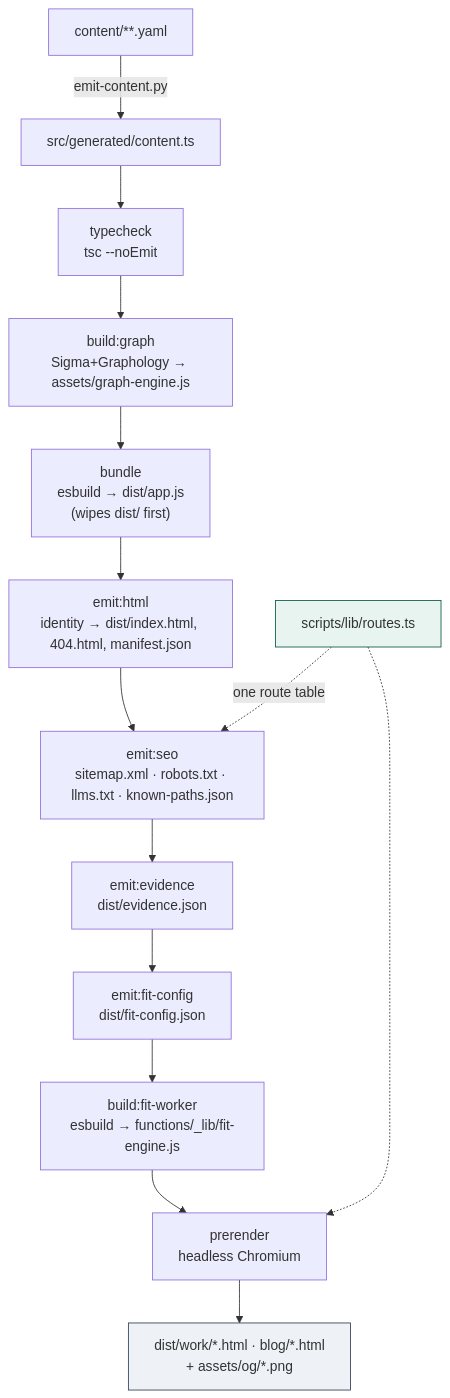
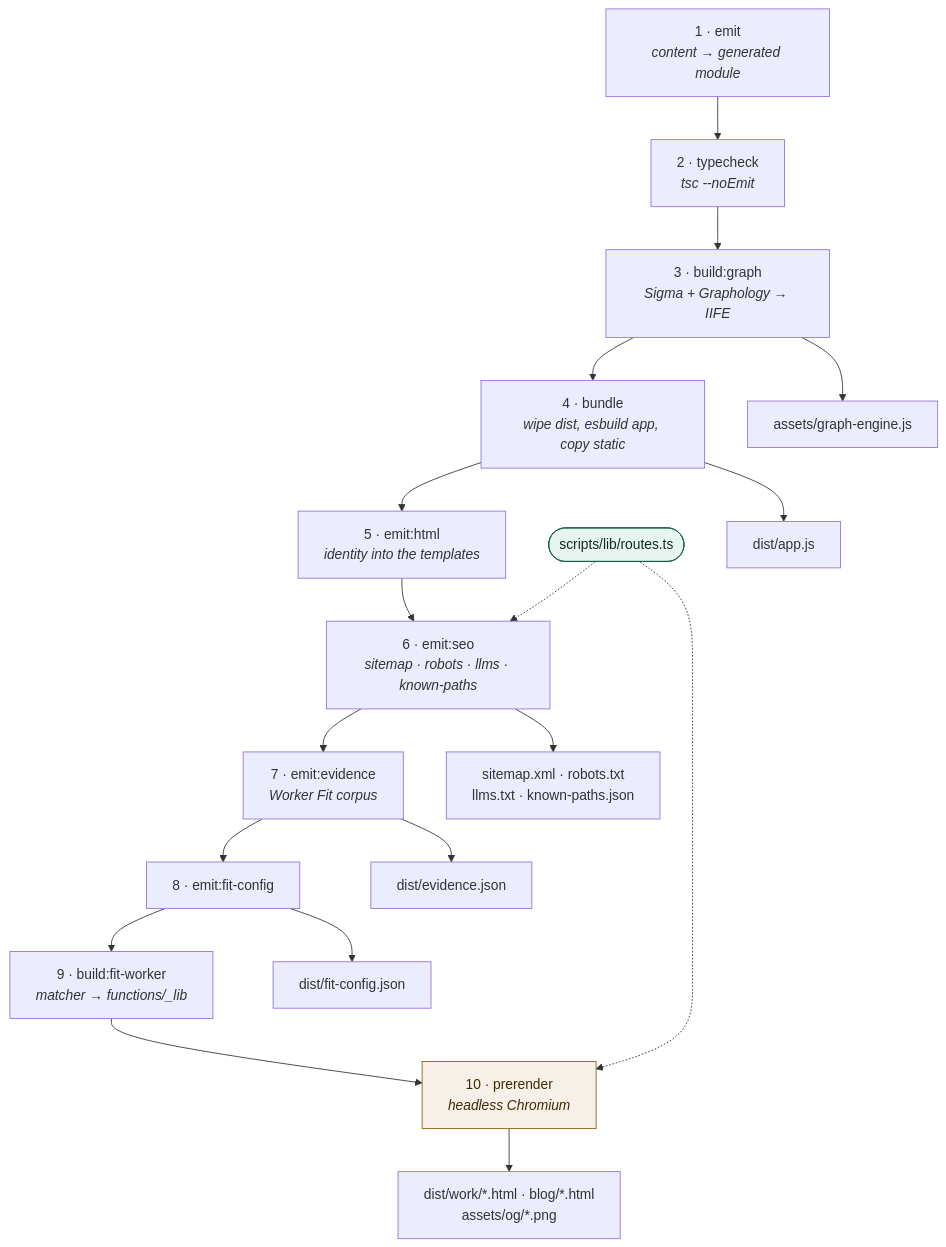
One commit to rolefinder/show-your-work changed the fourth of 14 diagrams in ARCHITECTURE.md. Above: the diagram before and after it, drawn with Mermaid. The commit also changed other lines of this file, not shown here.

````diff
--- a/ARCHITECTURE.md
+++ b/ARCHITECTURE.md
@@ -121,20 +303,25 @@
 ```mermaid
 flowchart TD
-    A["content/**.yaml"] -->|emit-content.py| B["src/generated/content.ts"]
-    B --> C["typecheck<br/>tsc --noEmit"]
-    C --> D["build:graph<br/>Sigma+Graphology → assets/graph-engine.js"]
-    D --> E["bundle<br/>esbuild → dist/app.js<br/>(wipes dist/ first)"]
-    E --> F["emit:html<br/>identity → dist/index.html, 404.html, manifest.json"]
-    F --> G["emit:seo<br/>sitemap.xml · robots.txt · llms.txt · known-paths.json"]
-    G --> H["emit:evidence<br/>dist/evidence.json"]
-    H --> I["emit:fit-config<br/>dist/fit-config.json"]
-    I --> J["build:fit-worker<br/>esbuild → functions/_lib/fit-engine.js"]
-    J --> K["prerender<br/>headless Chromium"]
-    K --> L["dist/work/*.html · blog/*.html<br/>+ assets/og/*.png"]
+    S1["1 · emit<br/><i>content → generated module</i>"] --> S2["2 · typecheck<br/><i>tsc --noEmit</i>"]
+    S2 --> S3["3 · build:graph<br/><i>Sigma + Graphology → IIFE</i>"]
+    S3 --> S4["4 · bundle<br/><i>wipe dist, esbuild app, copy static</i>"]
+    S4 --> S5["5 · emit:html<br/><i>identity into the templates</i>"]
+    S5 --> S6["6 · emit:seo<br/><i>sitemap · robots · llms · known-paths</i>"]
+    S6 --> S7["7 · emit:evidence<br/><i>Worker Fit corpus</i>"]
+    S7 --> S8["8 · emit:fit-config"]
+    S8 --> S9["9 · build:fit-worker<br/><i>matcher → functions/_lib</i>"]
+    S9 --> S10["10 · prerender<br/><i>headless Chromium</i>"]
 
-    R["scripts/lib/routes.ts"] -.->|one route table| G
-    R -.-> K
+    R(["scripts/lib/routes.ts"]) -.-> S6
+    R -.-> S10
 
-    style R fill:#e8f4ef,stroke:#0f5c4c
-    style L fill:#eef2f7,stroke:#334155
+    S4 --> O1["dist/app.js"]
+    S3 --> O2["assets/graph-engine.js"]
+    S6 --> O3["sitemap.xml · robots.txt<br/>llms.txt · known-paths.json"]
+    S7 --> O4["dist/evidence.json"]
+    S8 --> O5["dist/fit-config.json"]
+    S10 --> O6["dist/work/*.html · blog/*.html<br/>assets/og/*.png"]
+
+    style R fill:#e8f4ef,stroke:#0f5c4c,color:#0b2b24
+    style S10 fill:#f7f0e8,stroke:#8a6100,color:#3d2c00
 ```
````
